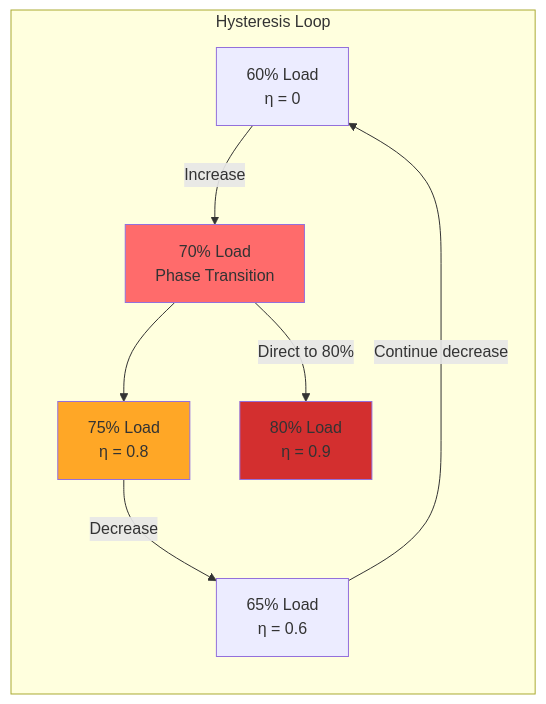
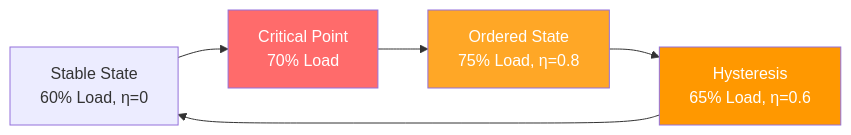
The third of 4 diagrams in docs/core-principles/laws/emergent-chaos.md (deepaucksharma/DStudio), drawn with Mermaid before and after one commit. The commit also changed other lines of this file and 498 other files, not shown here.

First line of the commit message:
feat: comprehensive knowledge graph quality improvements

````diff
--- a/docs/core-principles/laws/emergent-chaos.md
+++ b/docs/core-principles/laws/emergent-chaos.md
@@ -459,14 +748,11 @@
 ```mermaid
-graph LR
-    subgraph "Hysteresis Loop"
-        A[60% Load<br/>η = 0] -->|Increase| B[70% Load<br/>Phase Transition]
-        B --> C[75% Load<br/>η = 0.8]
-        C -->|Decrease| D[65% Load<br/>η = 0.6]
-        D -->|Continue decrease| A
-        B -->|Direct to 80%| E[80% Load<br/>η = 0.9]
-    end
+flowchart LR
+    A["Stable State<br/>60% Load, η=0"] --> B["Critical Point<br/>70% Load"]
+    B --> C["Ordered State<br/>75% Load, η=0.8"]
+    C --> D["Hysteresis<br/>65% Load, η=0.6"]
+    D --> A
     
-    style B fill:#ff6b6b
-    style C fill:#ffa726
-    style E fill:#d32f2f
+    style B fill:#ff6b6b,color:#fff
+    style C fill:#ffa726,color:#fff
+    style D fill:#ff9800,color:#fff
 ```
````
